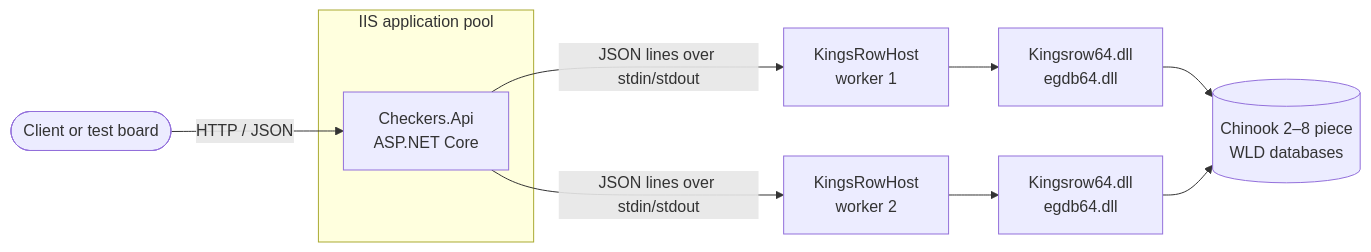
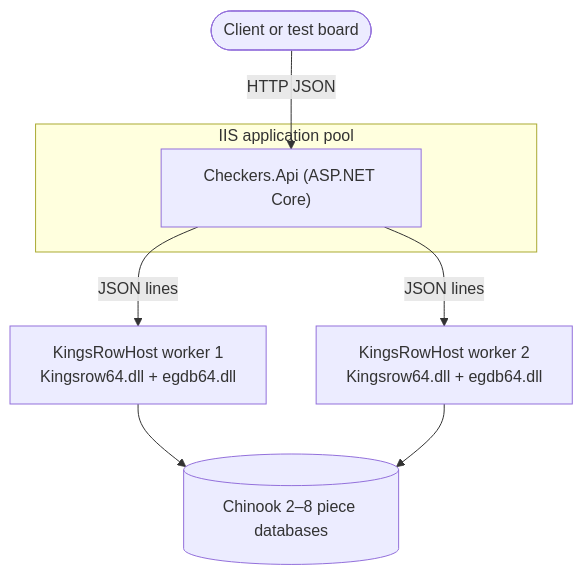
Before and after one commit to BoSuY0/CheckersEngineApi: the first of 3 diagrams in README.md, drawn with Mermaid. The commit also changed other lines of this file, not shown here.

Commit message:
docs: make the README diagrams compact

````diff
--- a/README.md
+++ b/README.md
@@ -210,13 +210,11 @@
 ```mermaid
-flowchart LR
-    client(["Client or test board"]) -->|"HTTP / JSON"| api
+flowchart TD
+    client(["Client or test board"]) -->|HTTP JSON| api
     subgraph pool ["IIS application pool"]
-        api["Checkers.Api<br/>ASP.NET Core"]
+        api["Checkers.Api (ASP.NET Core)"]
     end
-    api -->|"JSON lines over stdin/stdout"| w1["KingsRowHost<br/>worker 1"]
-    api -->|"JSON lines over stdin/stdout"| w2["KingsRowHost<br/>worker 2"]
-    w1 --> dll1["Kingsrow64.dll<br/>egdb64.dll"]
-    w2 --> dll2["Kingsrow64.dll<br/>egdb64.dll"]
-    dll1 --> db[("Chinook 2–8 piece<br/>WLD databases")]
-    dll2 --> db
+    api -->|JSON lines| w1["KingsRowHost worker 1<br/>Kingsrow64.dll + egdb64.dll"]
+    api -->|JSON lines| w2["KingsRowHost worker 2<br/>Kingsrow64.dll + egdb64.dll"]
+    w1 --> db[("Chinook 2–8 piece databases")]
+    w2 --> db
 ```
````
